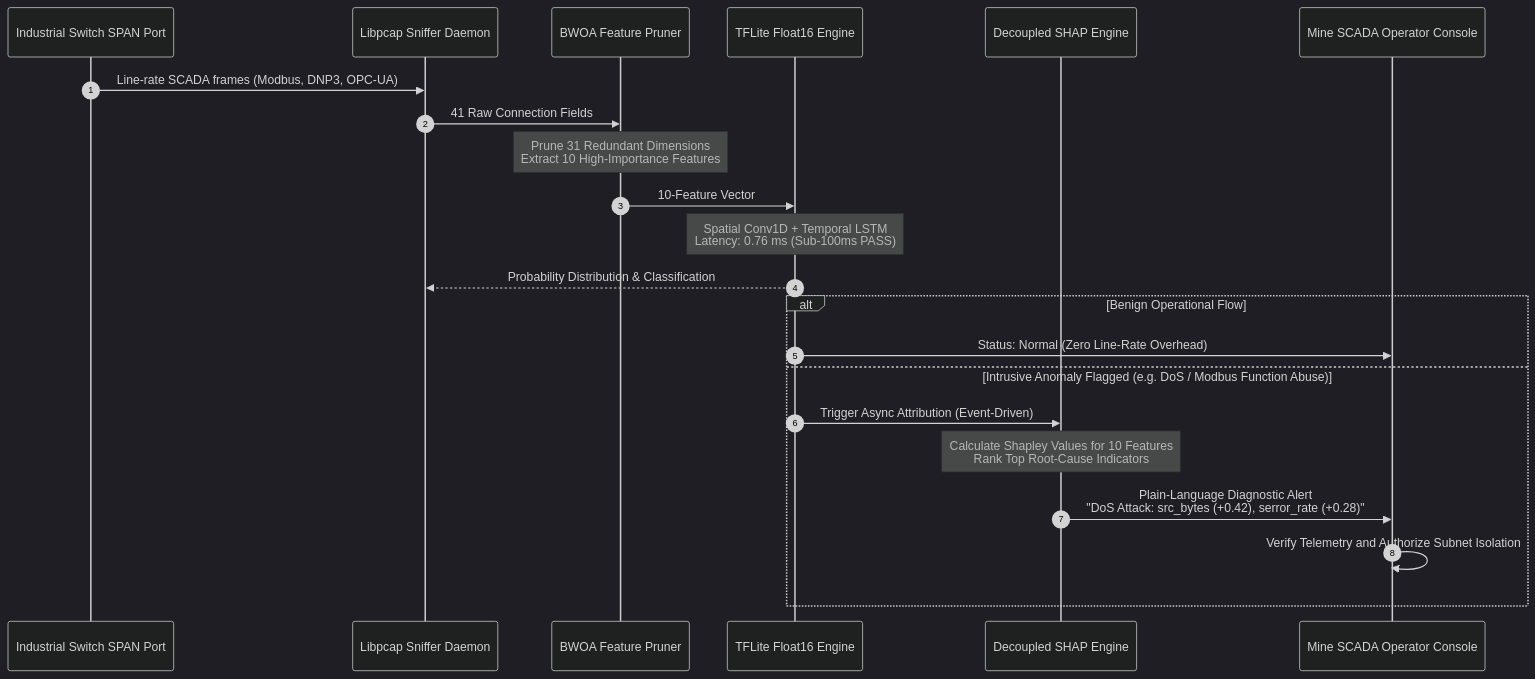
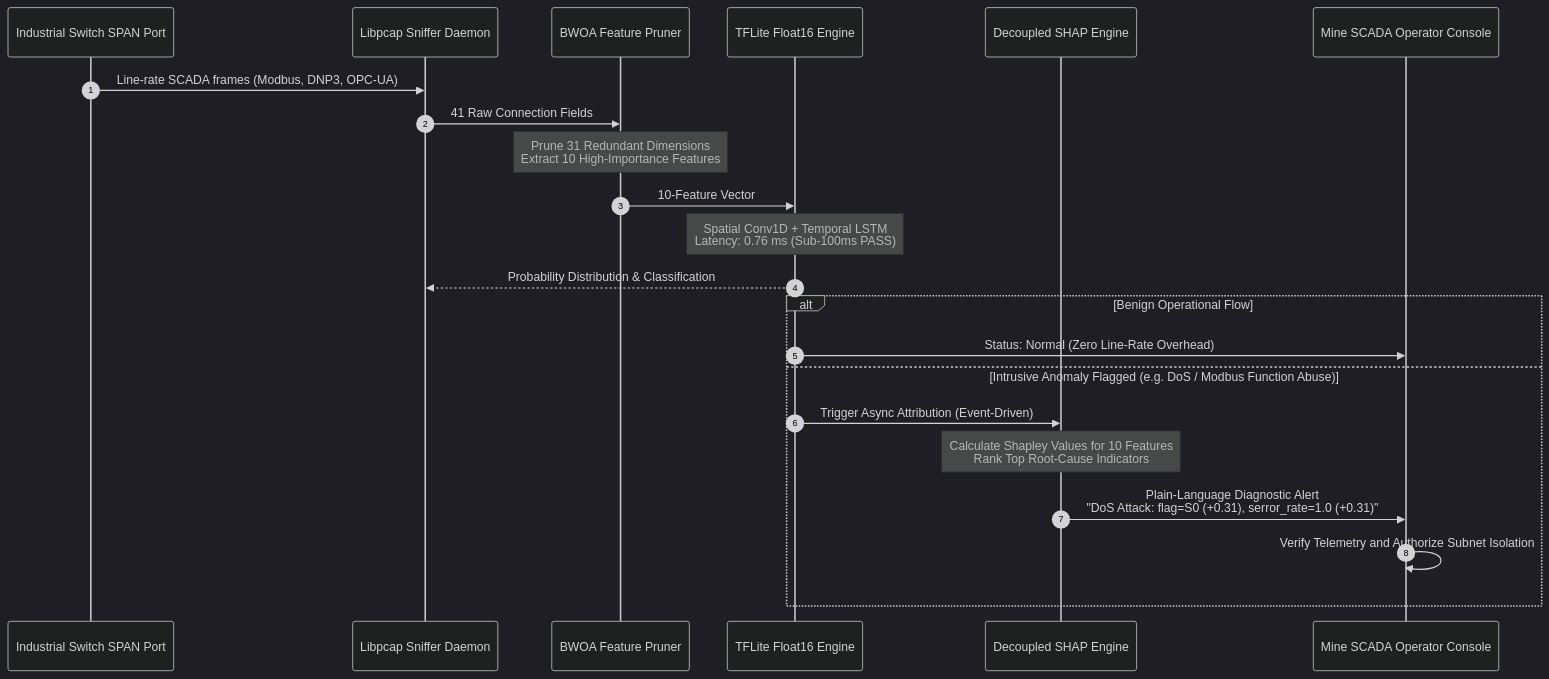
Before and after one commit to mhiskall282/Securing-the-Digital-Mine-UNESCO-Project: the second of 4 diagrams in docs/architecture.md, drawn with Mermaid (dark theme). The commit also changed other lines of this file and 15 other files, not shown here.

````diff
--- a/docs/architecture.md
+++ b/docs/architecture.md
@@ -79,26 +79,26 @@
 ```mermaid
 sequenceDiagram
     autonumber
     participant Switch as Industrial Switch SPAN Port
     participant Sniffer as Libpcap Sniffer Daemon
     participant BWOA as BWOA Feature Pruner
     participant Engine as TFLite Float16 Engine
     participant SHAP as Decoupled SHAP Engine
     participant Operator as Mine SCADA Operator Console
 
     Switch->>Sniffer: Line-rate SCADA frames (Modbus, DNP3, OPC-UA)
     Sniffer->>BWOA: 41 Raw Connection Fields
     Note over BWOA: Prune 31 Redundant Dimensions<br/>Extract 10 High-Importance Features
     BWOA->>Engine: 10-Feature Vector
     Note over Engine: Spatial Conv1D + Temporal LSTM<br/>Latency: 0.76 ms (Sub-100ms PASS)
     Engine-->>Sniffer: Probability Distribution & Classification
 
     alt Benign Operational Flow
         Engine->>Operator: Status: Normal (Zero Line-Rate Overhead)
     else Intrusive Anomaly Flagged (e.g. DoS / Modbus Function Abuse)
         Engine->>SHAP: Trigger Async Attribution (Event-Driven)
         Note over SHAP: Calculate Shapley Values for 10 Features<br/>Rank Top Root-Cause Indicators
-        SHAP->>Operator: Plain-Language Diagnostic Alert<br/>"DoS Attack: src_bytes (+0.42), serror_rate (+0.28)"
+        SHAP->>Operator: Plain-Language Diagnostic Alert<br/>"DoS Attack: flag=S0 (+0.31), serror_rate=1.0 (+0.31)"
         Operator->>Operator: Verify Telemetry and Authorize Subnet Isolation
     end
 ```
````
